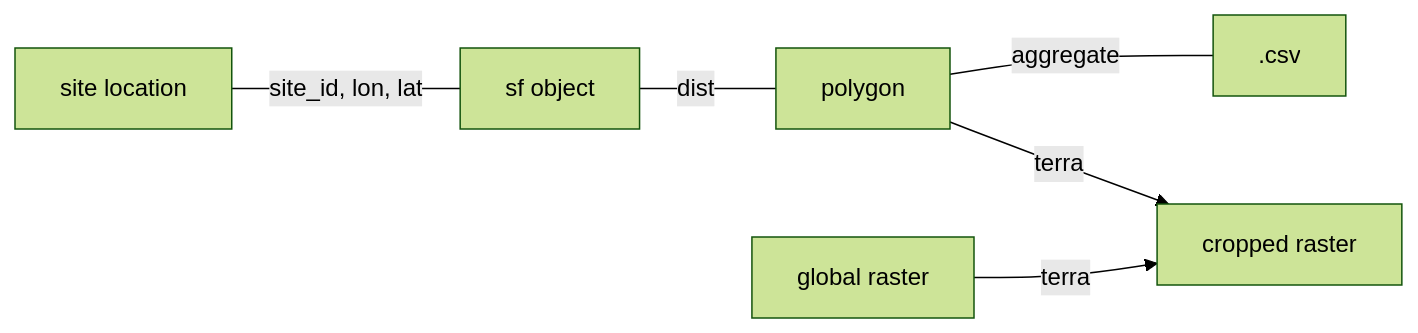
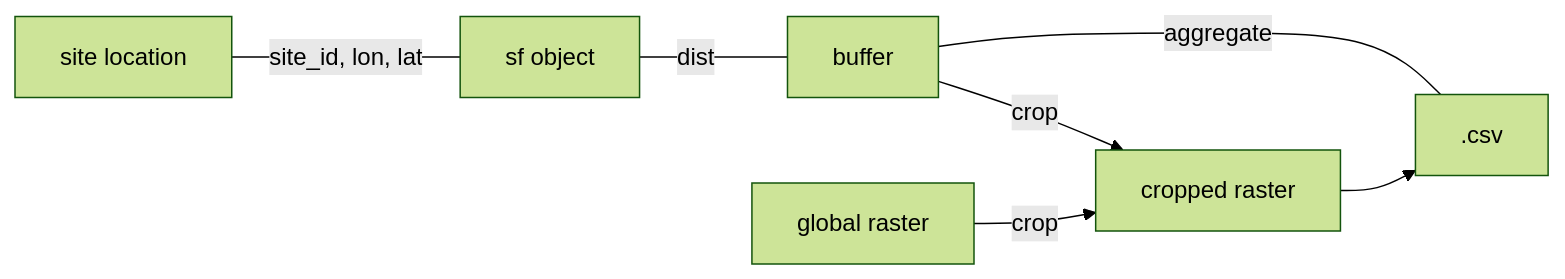
One commit to barguzin/endow changed the diagram in README.md. Above: the diagram before and after it, drawn with Mermaid (forest theme).

````diff
--- a/README.md
+++ b/README.md
@@ -28,15 +28,17 @@
 ```mermaid
 flowchart LR
     pnt[sf object]
-    buff[polygon]
+    buff[buffer]
     rast[global raster]
     site[site location]
     crop[cropped raster]
     summ[.csv]
 
     site--site_id, lon, lat---pnt--dist---buff--aggregate---summ
 
-    buff & rast--terra--> crop
+    rast--crop--> crop
+    buff--crop--> crop
+    crop-->summ
 
 
 ```
````
